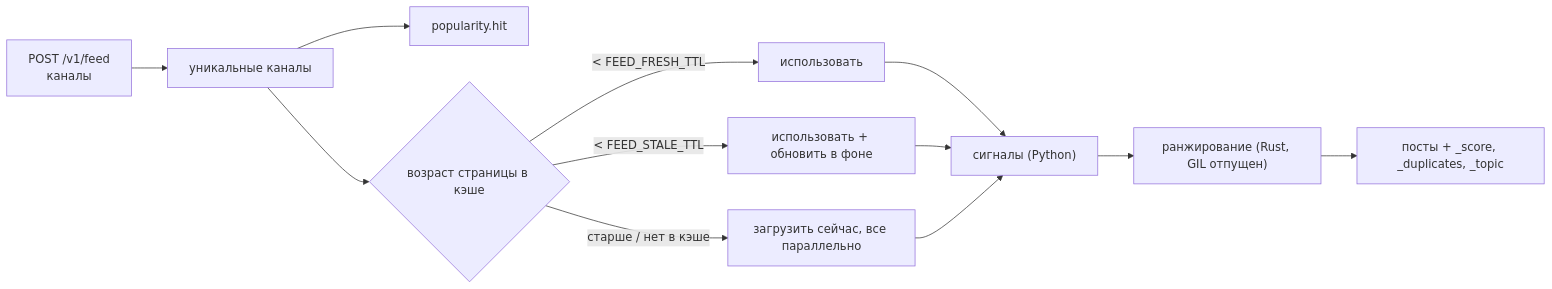
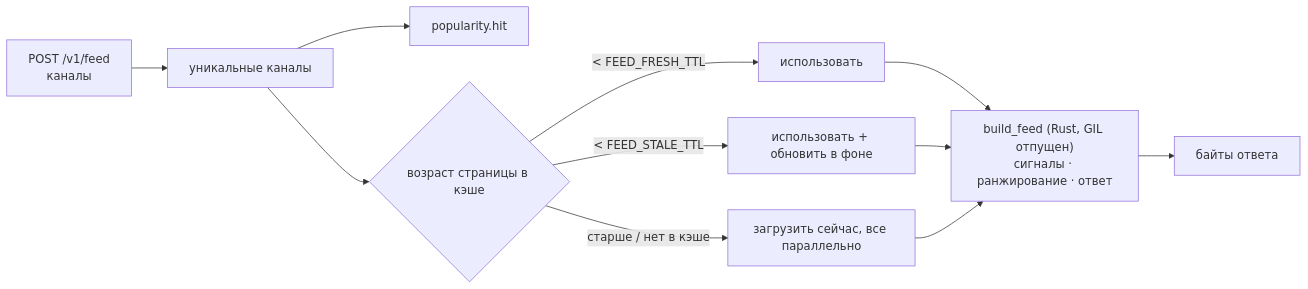
One commit to koval01/telegram-me changed the diagram in docs/ru/internals/feed.md. Above: the diagram before and after it, drawn with Mermaid. The commit also changed other lines of this file and 13 other files, not shown here.

First line of the commit message:
Document the Rust roadmap and the native feed

````diff
--- a/docs/ru/internals/feed.md
+++ b/docs/ru/internals/feed.md
@@ -5,12 +5,11 @@
 ```mermaid
 flowchart LR
     Q["POST /v1/feed<br/>каналы"] --> U[уникальные каналы]
     U --> H[popularity.hit]
     U --> P{возраст страницы в кэше}
     P -- "< FEED_FRESH_TTL" --> USE[использовать]
     P -- "< FEED_STALE_TTL" --> USE2[использовать + обновить в фоне]
     P -- "старше / нет в кэше" --> FETCH[загрузить сейчас, все параллельно]
-    USE & USE2 & FETCH --> SIG["сигналы (Python)"]
-    SIG --> RANK["ранжирование (Rust, GIL отпущен)"]
-    RANK --> OUT[посты + _score, _duplicates, _topic]
+    USE & USE2 & FETCH --> B["build_feed (Rust, GIL отпущен)<br/>сигналы · ранжирование · ответ"]
+    B --> OUT[байты ответа]
 ```
````
